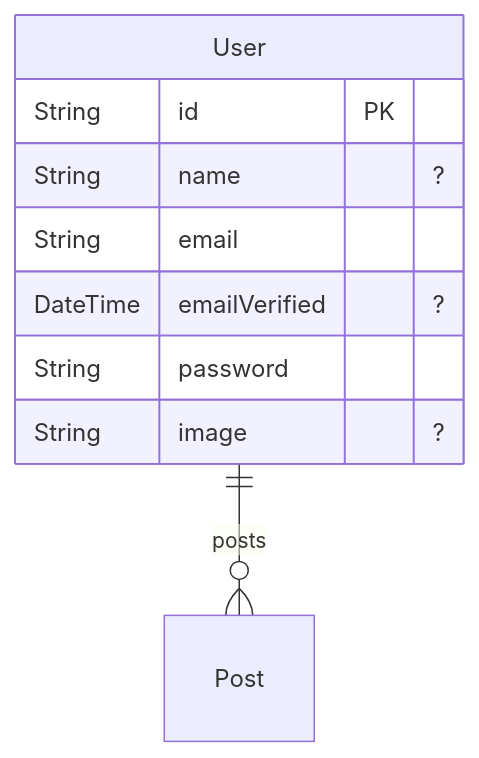
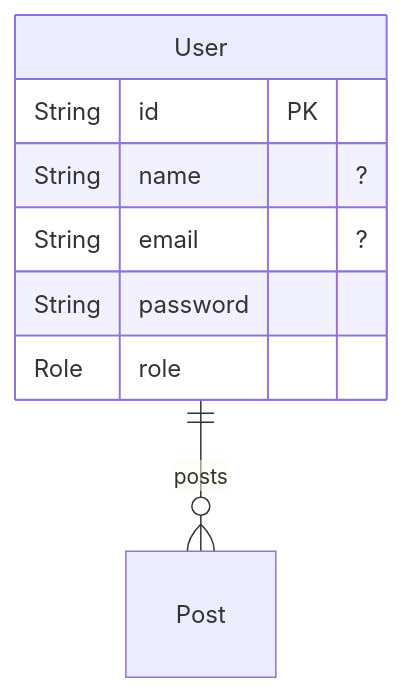
The second of 2 diagrams in test.md (jiashengguo/jiashengguo.github.io), drawn with Mermaid before and after one commit. The commit also changed other lines of this file, not shown here.

````diff
--- a/test.md
+++ b/test.md
@@ -39,12 +33,11 @@
 ```mermaid
 erDiagram
 "User" {
-  String id PK
+  String id PK 
   String name  "?"
-  String email
-  DateTime emailVerified  "?"
-  String password
-  String image  "?"
+  String email  "?"
+  String password  
+  Role role  
 }
 "User" ||--o{ "Post": posts
 ```
````
